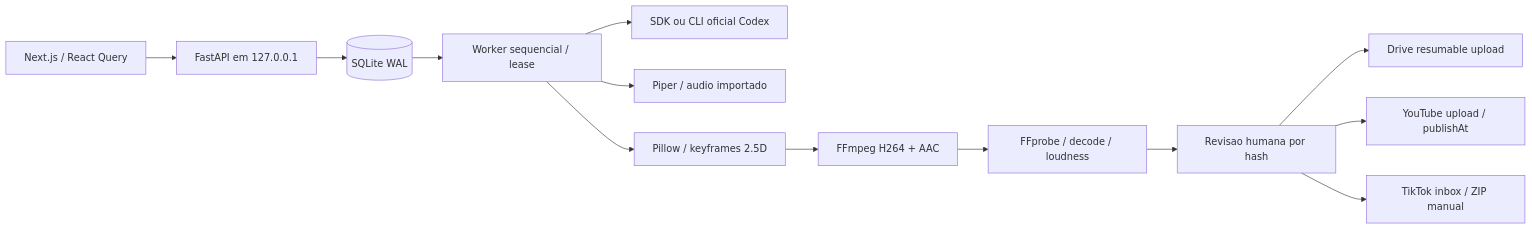
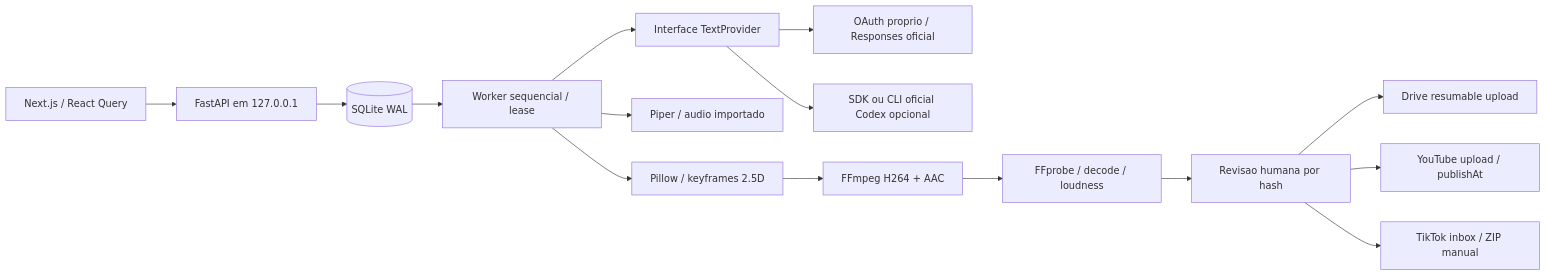
One commit to mrJoao28/Content-Factory changed the diagram in docs/ARCHITECTURE.md. Above: the diagram before and after it, drawn with Mermaid. The commit also changed other lines of this file and 41 other files, not shown here.

````diff
--- a/docs/ARCHITECTURE.md
+++ b/docs/ARCHITECTURE.md
@@ -3,15 +3,17 @@
 ```mermaid
 flowchart LR
   Web[Next.js / React Query] --> API[FastAPI em 127.0.0.1]
   API --> DB[(SQLite WAL)]
   DB --> Worker[Worker sequencial / lease]
-  Worker --> Codex[SDK ou CLI oficial Codex]
+  Worker --> Provider[Interface TextProvider]
+  Provider --> ChatGPT[OAuth proprio / Responses oficial]
+  Provider --> Codex[SDK ou CLI oficial Codex opcional]
   Worker --> Audio[Piper / audio importado]
   Worker --> Frames[Pillow / keyframes 2.5D]
   Frames --> FFmpeg[FFmpeg H264 + AAC]
   FFmpeg --> QC[FFprobe / decode / loudness]
   QC --> Review[Revisao humana por hash]
   Review --> Drive[Drive resumable upload]
   Review --> YouTube[YouTube upload / publishAt]
   Review --> TikTok[TikTok inbox / ZIP manual]
 ```
````
